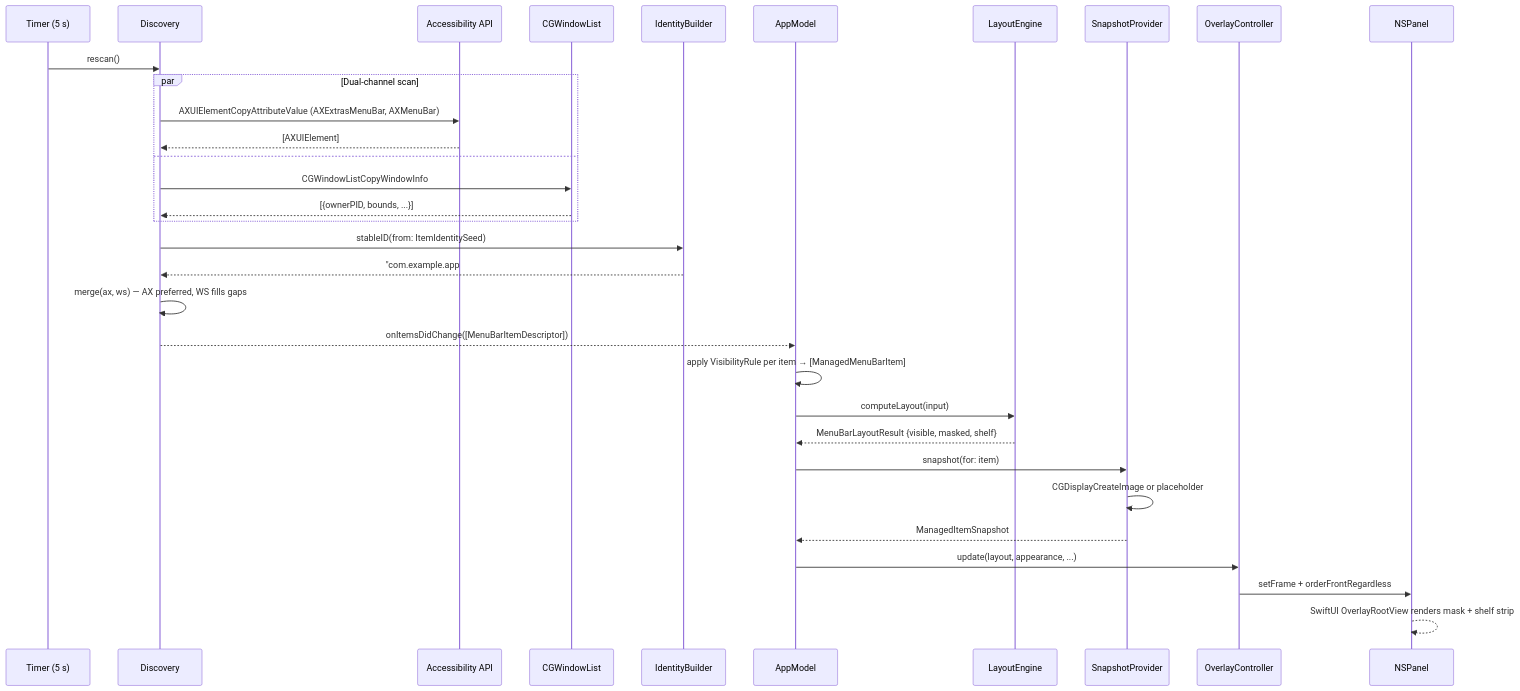
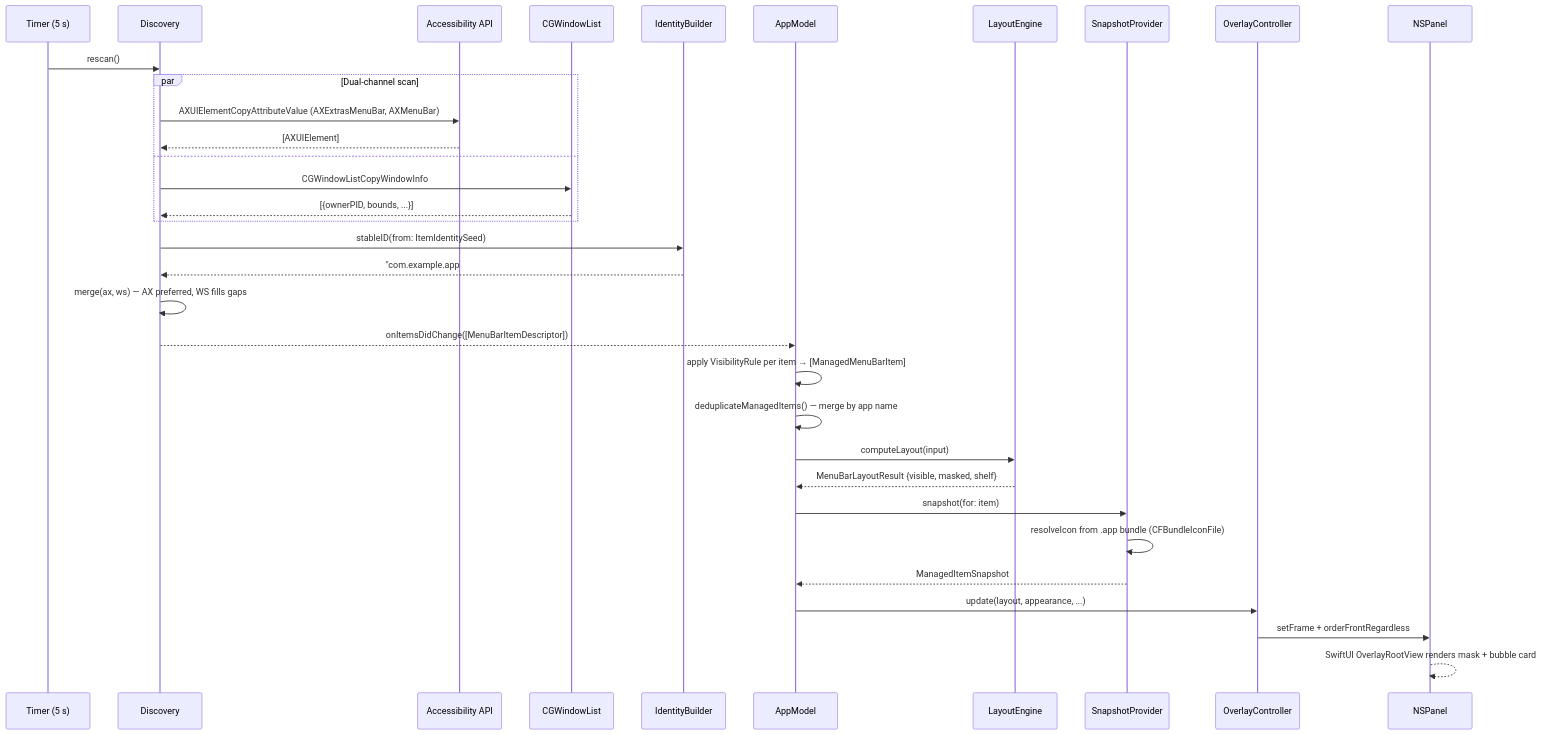
One commit to occcat/fuck-the-menu-bar changed the second of 3 diagrams in docs/ARCHITECTURE.md. Above: the diagram before and after it, drawn with Mermaid. The commit also changed other lines of this file and 28 other files, not shown here.

````diff
--- a/docs/ARCHITECTURE.md
+++ b/docs/ARCHITECTURE.md
@@ -110,40 +111,41 @@
 ```mermaid
 sequenceDiagram
     participant Timer as Timer (5 s)
     participant Disc as Discovery
     participant AX as Accessibility API
     participant WS as CGWindowList
     participant IDBuilder as IdentityBuilder
     participant Model as AppModel
     participant LE as LayoutEngine
     participant Snap as SnapshotProvider
     participant OC as OverlayController
     participant Panel as NSPanel
 
     Timer->>Disc: rescan()
     par Dual-channel scan
         Disc->>AX: AXUIElementCopyAttributeValue (AXExtrasMenuBar, AXMenuBar)
         AX-->>Disc: [AXUIElement]
     and
         Disc->>WS: CGWindowListCopyWindowInfo
         WS-->>Disc: [{ownerPID, bounds, ...}]
     end
 
     Disc->>IDBuilder: stableID(from: ItemIdentitySeed)
     IDBuilder-->>Disc: "com.example.app#identifier"
 
     Disc->>Disc: merge(ax, ws) — AX preferred, WS fills gaps
     Disc-->>Model: onItemsDidChange([MenuBarItemDescriptor])
 
     Model->>Model: apply VisibilityRule per item → [ManagedMenuBarItem]
+    Model->>Model: deduplicateManagedItems() — merge by app name
     Model->>LE: computeLayout(input)
     LE-->>Model: MenuBarLayoutResult {visible, masked, shelf}
 
     Model->>Snap: snapshot(for: item)
-    Snap->>Snap: CGDisplayCreateImage or placeholder
+    Snap->>Snap: resolveIcon from .app bundle (CFBundleIconFile)
     Snap-->>Model: ManagedItemSnapshot
 
     Model->>OC: update(layout, appearance, ...)
     OC->>Panel: setFrame + orderFrontRegardless
-    Panel-->>Panel: SwiftUI OverlayRootView renders mask + shelf strip
+    Panel-->>Panel: SwiftUI OverlayRootView renders mask + bubble card
 ```
````
